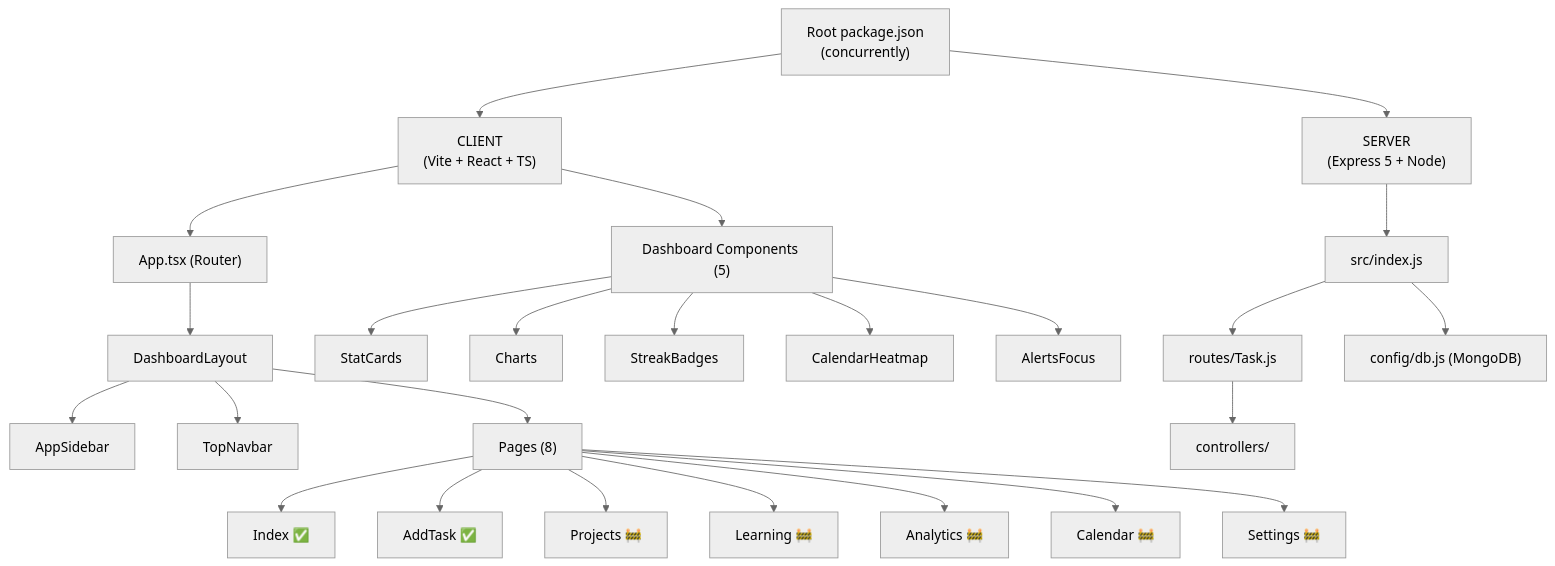
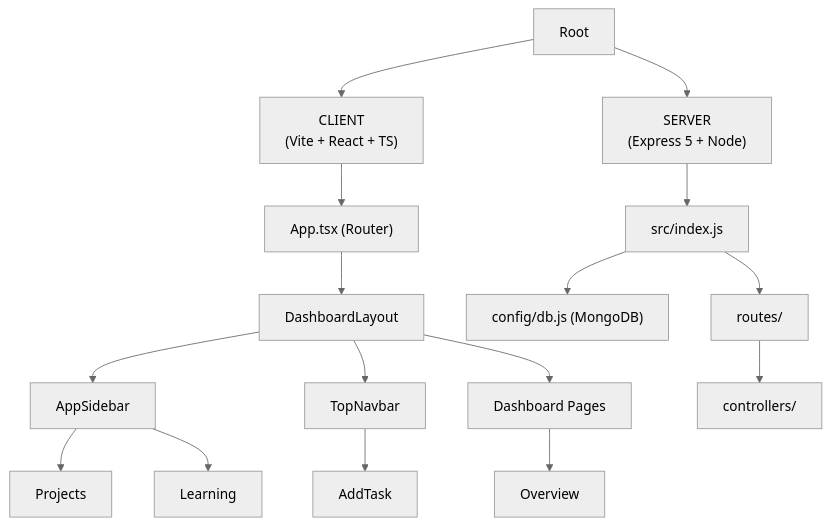
One commit to yasinarafatajad/handy changed the diagram in README.MD. Above: the diagram before and after it, drawn with Mermaid (neutral theme). The commit also changed other lines of this file, not shown here.

````diff
--- a/README.MD
+++ b/README.MD
@@ -70,32 +77,25 @@
 ```mermaid
 flowchart TD
 
-    A["Root package.json<br/>(concurrently)"] --> B["CLIENT<br/>(Vite + React + TS)"]
+    A["Root"] 
+
+    A --> B["CLIENT<br/>(Vite + React + TS)"]
     A --> C["SERVER<br/>(Express 5 + Node)"]
 
     B --> D["App.tsx (Router)"]
     D --> E["DashboardLayout"]
     E --> F["AppSidebar"]
     E --> G["TopNavbar"]
-    E --> H["Pages (8)"]
+    E --> H["Dashboard Pages"]
 
-    H --> H1["Index ✅"]
-    H --> H2["AddTask ✅"]
-    H --> H3["Projects 🚧"]
-    H --> H4["Learning 🚧"]
-    H --> H5["Analytics 🚧"]
-    H --> H6["Calendar 🚧"]
-    H --> H7["Settings 🚧"]
+    H --> H1["Overview"]
+    G --> G1["AddTask"]
 
-    B --> I["Dashboard Components (5)"]
-    I --> I1["StatCards"]
-    I --> I2["Charts"]
-    I --> I3["StreakBadges"]
-    I --> I4["CalendarHeatmap"]
-    I --> I5["AlertsFocus"]
+    F --> F1["Projects"]
+    F --> F2["Learning"]
 
     C --> J["src/index.js"]
-    J --> K["routes/Task.js"]
-    K --> L["controllers/"]
-    J --> M["config/db.js (MongoDB)"]
+    J --> K["config/db.js (MongoDB)"]
+    J --> L["routes/"]
+    L --> M["controllers/"]
 ```
````
